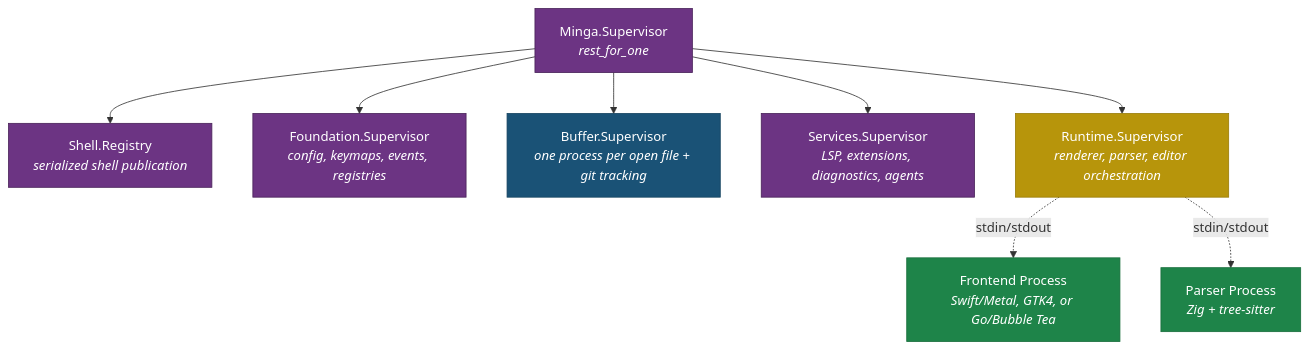
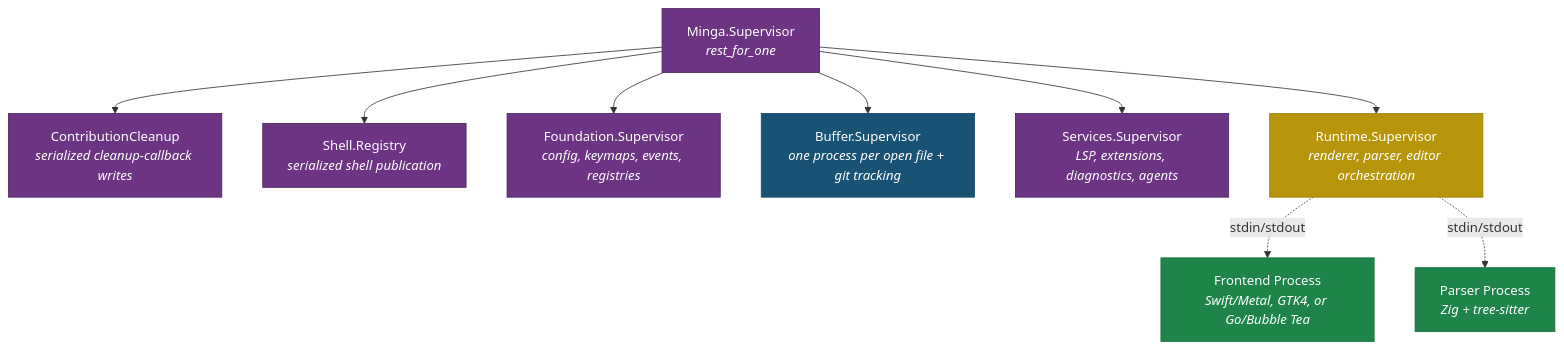
The second of 10 diagrams in docs/ARCHITECTURE.md (jsmestad/minga), drawn with Mermaid before and after one commit. The commit also changed other lines of this file and 7 other files, not shown here.

````diff
--- a/docs/ARCHITECTURE.md
+++ b/docs/ARCHITECTURE.md
@@ -174,22 +174,24 @@
 ```mermaid
 graph TD
     SUP["Minga.Supervisor<br/><i>rest_for_one</i>"]
 
+    SUP --> CLEANUP["ContributionCleanup<br/><i>serialized cleanup-callback writes</i>"]
     SUP --> SHELLS["Shell.Registry<br/><i>serialized shell publication</i>"]
     SUP --> FOUND["Foundation.Supervisor<br/><i>config, keymaps, events, registries</i>"]
     SUP --> BUFSUP["Buffer.Supervisor<br/><i>one process per open file + git tracking</i>"]
     SUP --> SVC["Services.Supervisor<br/><i>LSP, extensions, diagnostics, agents</i>"]
     SUP --> RT["Runtime.Supervisor<br/><i>renderer, parser, editor orchestration</i>"]
 
     RT -. "stdin/stdout" .-> FE["Frontend Process<br/><i>Swift/Metal, GTK4, or Go/Bubble Tea</i>"]
     RT -. "stdin/stdout" .-> PARSER["Parser Process<br/><i>Zig + tree-sitter</i>"]
 
     style SUP fill:#6c3483,stroke:#4a235a,color:#fff
+    style CLEANUP fill:#6c3483,stroke:#4a235a,color:#fff
     style SHELLS fill:#6c3483,stroke:#4a235a,color:#fff
     style FOUND fill:#6c3483,stroke:#4a235a,color:#fff
     style BUFSUP fill:#1a5276,stroke:#154360,color:#fff
     style SVC fill:#6c3483,stroke:#4a235a,color:#fff
     style RT fill:#b7950b,stroke:#9a7d0a,color:#fff
     style FE fill:#1e8449,stroke:#196f3d,color:#fff
     style PARSER fill:#1e8449,stroke:#196f3d,color:#fff
 ```
````
